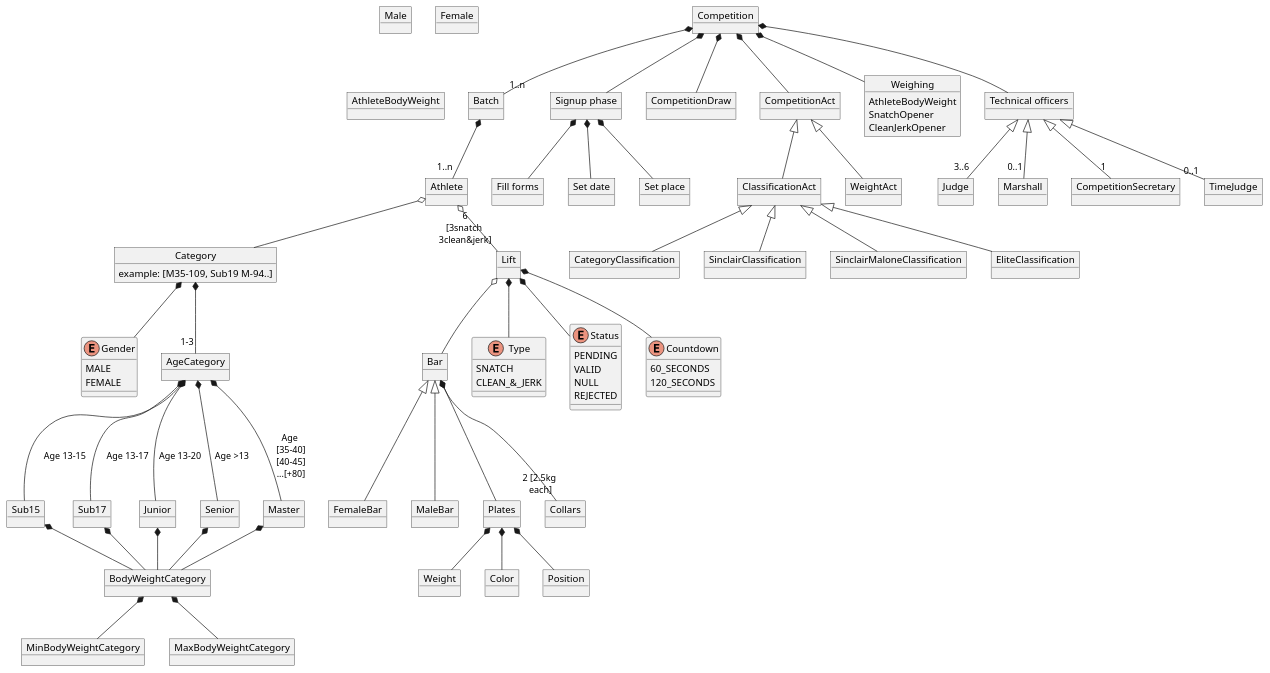
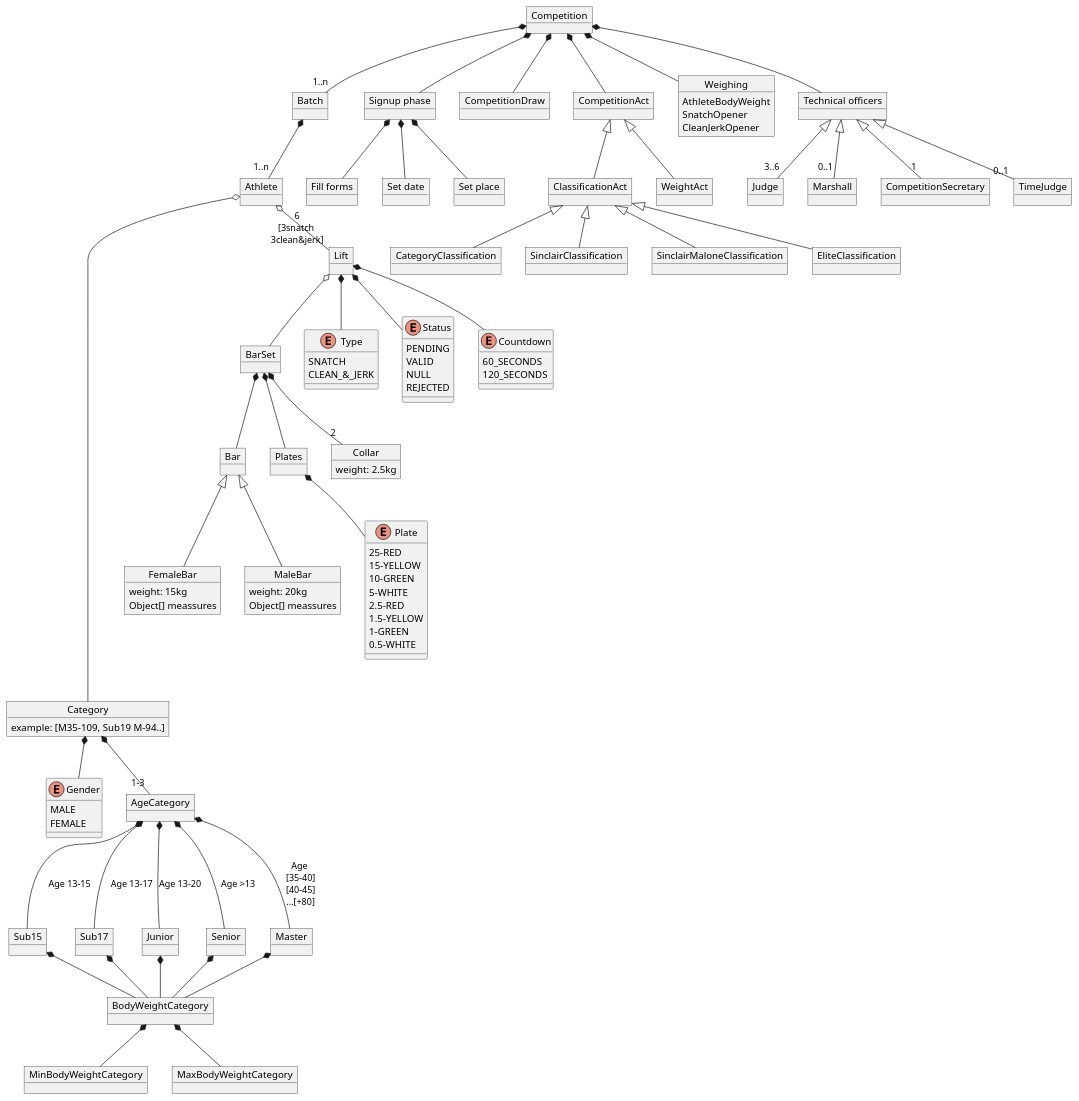
The diagram in diagrams/modelDomain/competitionDomainModel.puml (zuldare/mastercloud_pfm_halterocms), drawn with PlantUML before and after one commit.

Commit message:
Refactor después de hablar con Luis

```diff
--- a/diagrams/modelDomain/competitionDomainModel.puml
+++ b/diagrams/modelDomain/competitionDomainModel.puml
@@ -1,179 +1,171 @@
 @startuml
 'https://plantuml.com/object-diagram
 
 object Competition
 object Batch
 object "Signup phase" as signup
 object "Fill forms" as fillForms
 object "Set date" as setDate
 object "Set place" as setPlace
 
 object Athlete
 enum Gender {
   MALE
   FEMALE
 }
-object Male
-object Female
 
 object CompetitionDraw
 
-' Category
 object Category {
   example: [M35-109, Sub19 M-94..]
 }
 
 object BodyWeightCategory
 object MinBodyWeightCategory
 object MaxBodyWeightCategory
 
 object AgeCategory
 object Sub15
 object Sub17
 object Junior
 object Senior
 object Master
 
 ' Bars
+object BarSet
 object Bar
-object FemaleBar
-object MaleBar
+
+object FemaleBar {
+  weight: 15kg
+  Object[] meassures
+}
+object MaleBar {
+  weight: 20kg
+  Object[] meassures
+}
+
+
 object Plates
-object Weight
-object Color
-object Collars
-object Position
+
+enum Plate {
+  25-RED
+  15-YELLOW
+  10-GREEN
+  5-WHITE
+  2.5-RED
+  1.5-YELLOW
+  1-GREEN
+  0.5-WHITE
+}
+
+object Collar {
+  weight: 2.5kg
+}
 
 ' Lifts
 object Lift
 enum Type {
   SNATCH
   CLEAN_&_JERK
 }
 
 enum Status {
-PENDING
-VALID
-NULL
-REJECTED
+  PENDING
+  VALID
+  NULL
+  REJECTED
 }
 
 enum Countdown {
-60_SECONDS
-120_SECONDS
+  60_SECONDS
+  120_SECONDS
 }
-
-' object "60 seconds" as 60s
-' object "120 seconds" as 120s
 
 ' Competition acts
 object CompetitionAct
 object ClassificationAct
 object WeightAct
 
 ' Clasification Acts
 object CategoryClassification
 object SinclairClassification
 object SinclairMaloneClassification
 object EliteClassification
 
 ' Weighing
 object Weighing {
-AthleteBodyWeight
-SnatchOpener
-CleanJerkOpener
+  AthleteBodyWeight
+  SnatchOpener
+  CleanJerkOpener
 }
-object AthleteBodyWeight
-'object Opener
-'object OpenerSnatch
-'object OpenerCleanJerk
+
 
 ' Technical officers
 object "Technical officers" as TC
 object Judge
 object Marshall
 object CompetitionSecretary
 object TimeJudge
 
 
 Competition *-- TC
 TC <|-- "3..6" Judge
 TC <|-- "0..1" Marshall
 TC <|-- "1" CompetitionSecretary
 TC <|-- "0..1" TimeJudge
 
 
-' Weighing *-- AthleteBodyWeight
-' Weighing *-- Opener
-' Opener <|-- OpenerSnatch
-' Opener <|-- OpenerCleanJerk
-
-
 Lift *-- Type
-'Type *-- Snatch
-'Type *-- Clean_Jerk
-Lift o-- Bar
+Lift o-- BarSet
 Lift *-- Status
-'Status <|-- Pending
-'Status <|-- Valid
-'Status <|-- Null
-'Status <|-- Rejected
 Lift *-- Countdown
-'Countdown <|-- 60s
-'Countdown <|-- 120s
 
 
 Competition *-- signup
 signup *-- fillForms
 signup *-- setDate
 signup *-- setPlace
 Competition *-- Weighing
 Competition *-- "1..n" Batch
 Batch *-- "1..n" Athlete
 Competition *-- CompetitionAct
 CompetitionAct <|-- ClassificationAct
 CompetitionAct <|-- WeightAct
 Competition *-- CompetitionDraw
 
 
 ClassificationAct <|-- CategoryClassification
 ClassificationAct <|-- SinclairClassification
 ClassificationAct <|-- SinclairMaloneClassification
 ClassificationAct <|-- EliteClassification
 
-
-'Gender <|-- Male
-'Gender <|-- Female
-
 Category *-- "1-3" AgeCategory
 Category *-- Gender
 Sub15 *-- BodyWeightCategory
 Sub17 *-- BodyWeightCategory
 Junior *-- BodyWeightCategory
 Senior *-- BodyWeightCategory
 Master *-- BodyWeightCategory
 BodyWeightCategory *-- MinBodyWeightCategory
 BodyWeightCategory *-- MaxBodyWeightCategory
 
 AgeCategory *-- Sub15 :"Age 13-15"
 AgeCategory *-- Sub17 :"Age 13-17"
 AgeCategory *-- Junior :"Age 13-20"
 AgeCategory *-- Senior :"Age >13"
 AgeCategory *-- Master :"Age \n[35-40]\n[40-45]\n...[+80]"
 
 
-Athlete o-- Category
+Athlete o------ Category
 
+BarSet *-- Bar
 Bar <|-- FemaleBar
 Bar <|-- MaleBar
-Bar *-- Plates
-Bar *-- "2 [2.5kg\n each]" Collars
-Plates *-- Weight
-Plates *-- Color
-Plates *-- Position
+BarSet *-- "2" Collar
 
+BarSet *-- Plates
+Plates *-- Plate
 
 Athlete o-- "6\n[3snatch \n3clean&jerk]" Lift
 
-
 @enduml
```
